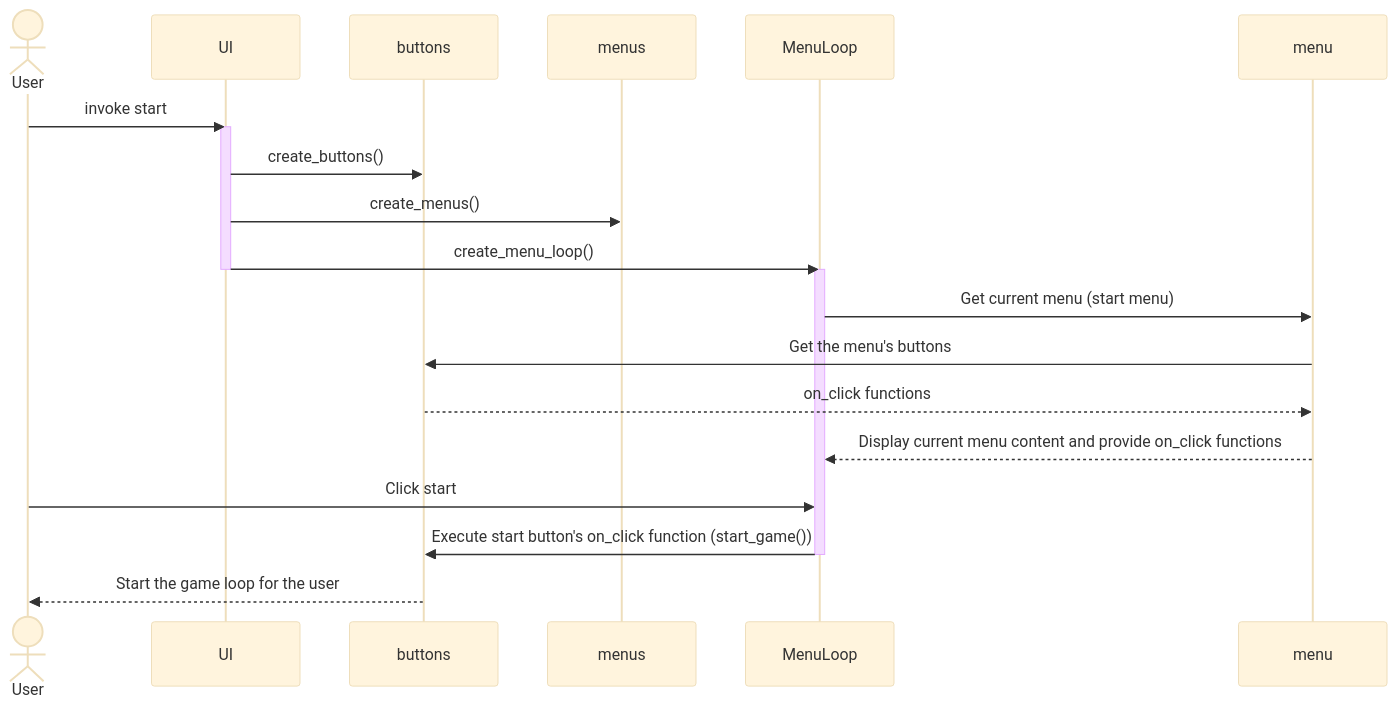
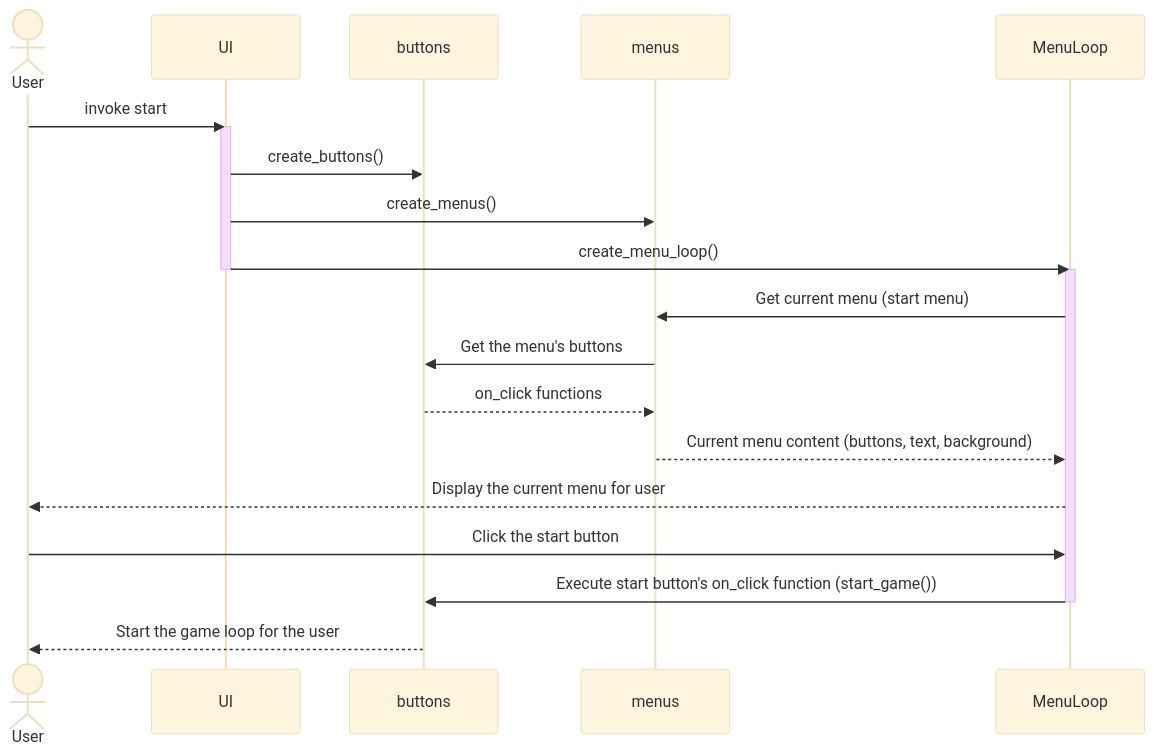
Before and after one commit to eemilhaa/ot-harjoitustyo: the second of 2 diagrams in documentation/architecture.md, drawn with Mermaid (base theme). The commit also changed other lines of this file, not shown here.

Commit message:
update architecture

````diff
--- a/documentation/architecture.md
+++ b/documentation/architecture.md
@@ -108,21 +109,22 @@
 ```mermaid
 sequenceDiagram
   actor User
   
   User->>UI: invoke start
   activate UI
   UI->>buttons: create_buttons()
   UI->>menus: create_menus()
   UI->>MenuLoop: create_menu_loop()
   deactivate UI
   activate MenuLoop
-  MenuLoop->>menu: Get current menu (start menu)
-  menu->>buttons: Get the menu's buttons
-  buttons-->>menu: on_click functions
-  menu-->>MenuLoop: Display current menu content and provide on_click functions
+  MenuLoop->>menus: Get current menu (start menu)
+  menus->>buttons: Get the menu's buttons
+  buttons-->>menus: on_click functions
+  menus-->>MenuLoop: Current menu content (buttons, text, background)
+  MenuLoop-->>User: Display the current menu for user
   
-  User->>MenuLoop: Click start
+  User->>MenuLoop: Click the start button
   MenuLoop->>buttons: Execute start button's on_click function (start_game())
   deactivate MenuLoop
   buttons-->>User: Start the game loop for the user 
 ```
````
